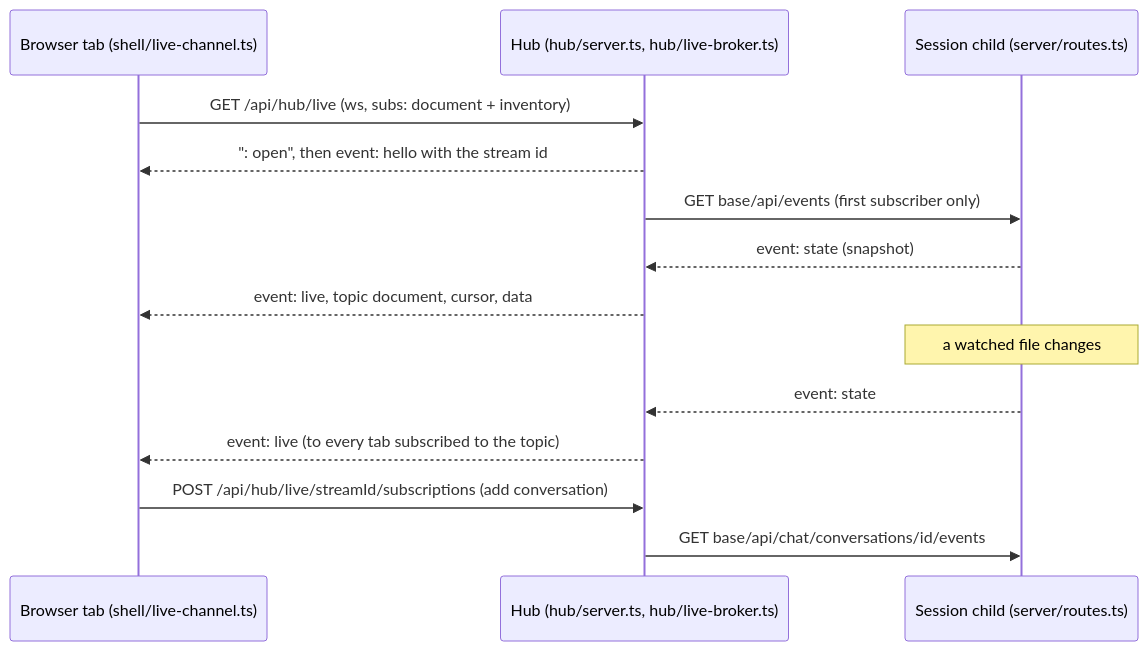
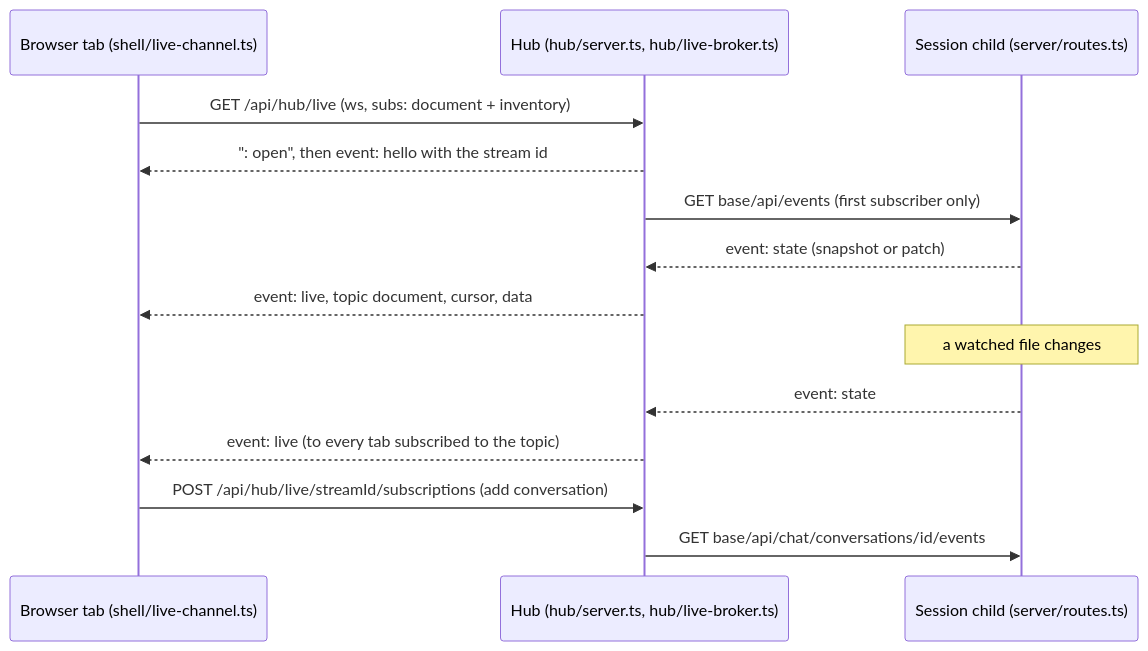
The second of 5 diagrams in ARCHITECTURE.md (addiberra/uatu), drawn with Mermaid before and after one commit. The commit also changed other lines of this file and 95 other files, not shown here.

````diff
--- a/ARCHITECTURE.md
+++ b/ARCHITECTURE.md
@@ -423,16 +423,16 @@
 ```mermaid
 sequenceDiagram
   participant Tab as Browser tab (shell/live-channel.ts)
   participant Hub as Hub (hub/server.ts, hub/live-broker.ts)
   participant Child as Session child (server/routes.ts)
   Tab->>Hub: GET /api/hub/live (ws, subs: document + inventory)
   Hub-->>Tab: ": open", then event: hello with the stream id
   Hub->>Child: GET base/api/events (first subscriber only)
-  Child-->>Hub: event: state (snapshot)
+  Child-->>Hub: event: state (snapshot or patch)
   Hub-->>Tab: event: live, topic document, cursor, data
   Note over Child: a watched file changes
   Child-->>Hub: event: state
   Hub-->>Tab: event: live (to every tab subscribed to the topic)
   Tab->>Hub: POST /api/hub/live/streamId/subscriptions (add conversation)
   Hub->>Child: GET base/api/chat/conversations/id/events
 ```
````
